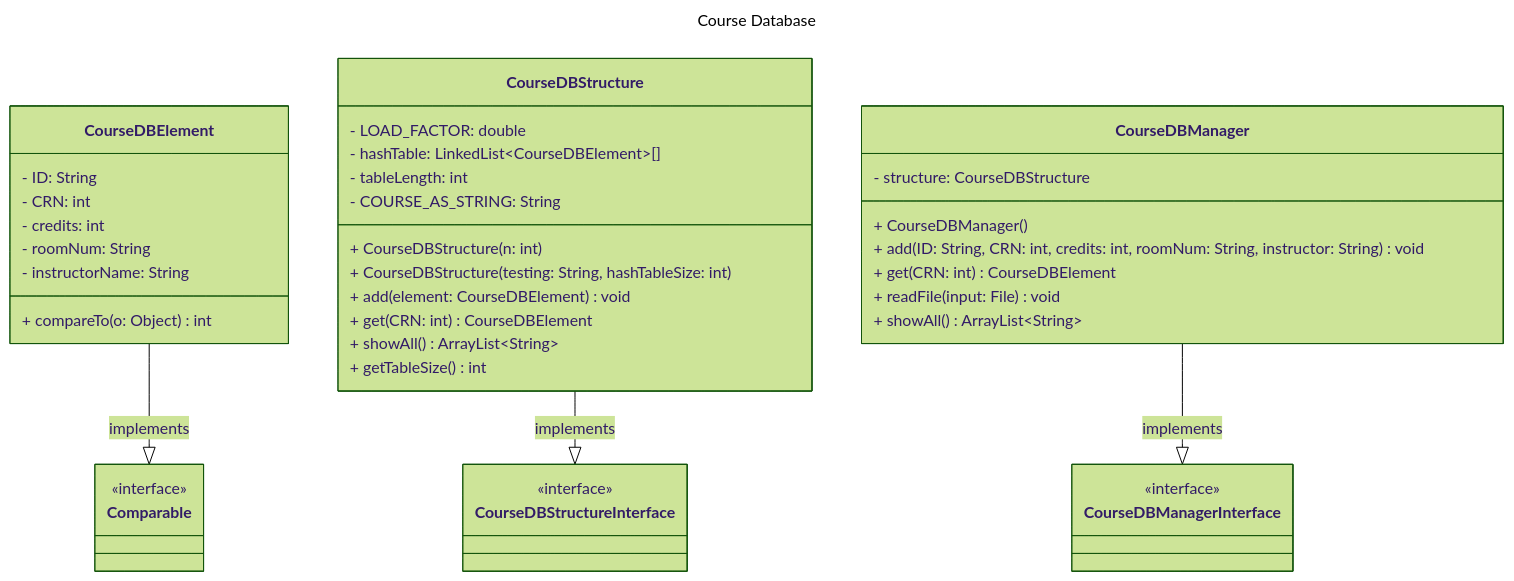
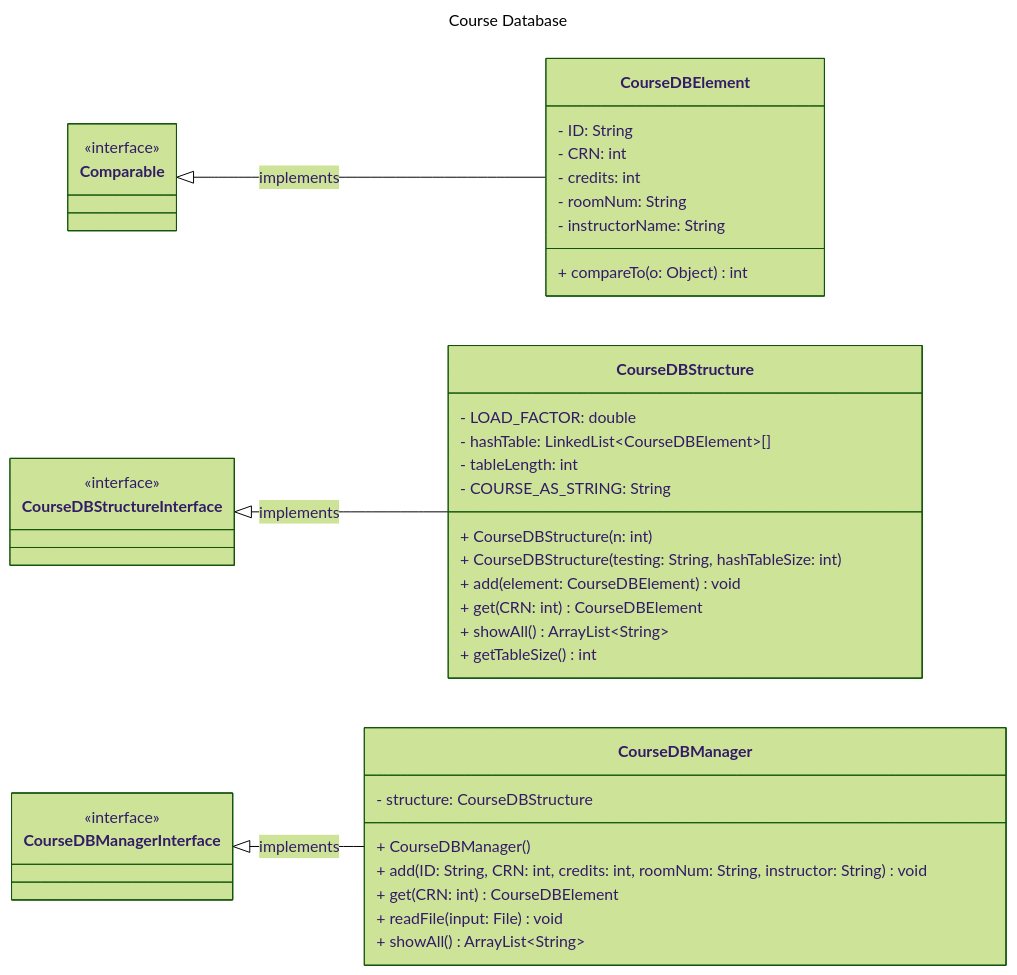
Before and after one commit to nick-nugat/nick-nugat.github.io: the diagram in content/project-designs/cmsc204/NguyenNicholas_Assignment4_Design/assignment4-design-final.md, drawn with Mermaid (forest theme). The commit also changed other lines of this file and 4 other files, not shown here.

````diff
--- a/content/project-designs/cmsc204/NguyenNicholas_Assignment4_Design/assignment4-design-final.md
+++ b/content/project-designs/cmsc204/NguyenNicholas_Assignment4_Design/assignment4-design-final.md
@@ -28,48 +28,48 @@
 ```mermaid
 ---
 title: Course Database
 ---
 classDiagram
-	direction BT
+	direction LR
 
 	Comparable <|-- CourseDBElement: implements
 	CourseDBStructureInterface <|-- CourseDBStructure: implements
 	CourseDBManagerInterface <|-- CourseDBManager: implements
 
 	class Comparable{ <<interface>> }
 	class CourseDBElement { 
 	    - ID: String
 	    - CRN: int
 	    - credits: int
 	    - roomNum: String
 	    - instructorName: String
 		  
 	    + compareTo(o: Object) int
 	}
 	
 	class CourseDBStructureInterface{ <<interface>> }
 	class CourseDBStructure{
 		 - LOAD_FACTOR: double
 		 - hashTable: LinkedList~CourseDBElement~[]
 		 - tableLength: int
 		 - COURSE_AS_STRING: String
 		   
 		 + CourseDBStructure(n: int)
 		 + CourseDBStructure(testing: String, hashTableSize: int)
 		 + add(element: CourseDBElement) void
 		 + get(CRN: int) CourseDBElement
 		 + showAll() ArrayList~String~
 		 + getTableSize() int
 	 }
 
 	class CourseDBManagerInterface{ <<interface>> }
 	class CourseDBManager{
 		 - structure: CourseDBStructure
 		 
 		 + CourseDBManager()
 		 + add(ID: String, CRN: int, credits: int, roomNum: String, instructor: String) void
 		 + get(CRN: int) CourseDBElement
 		 + readFile(input: File) void
 		 + showAll() ArrayList~String~
 	 }
 ```
````
